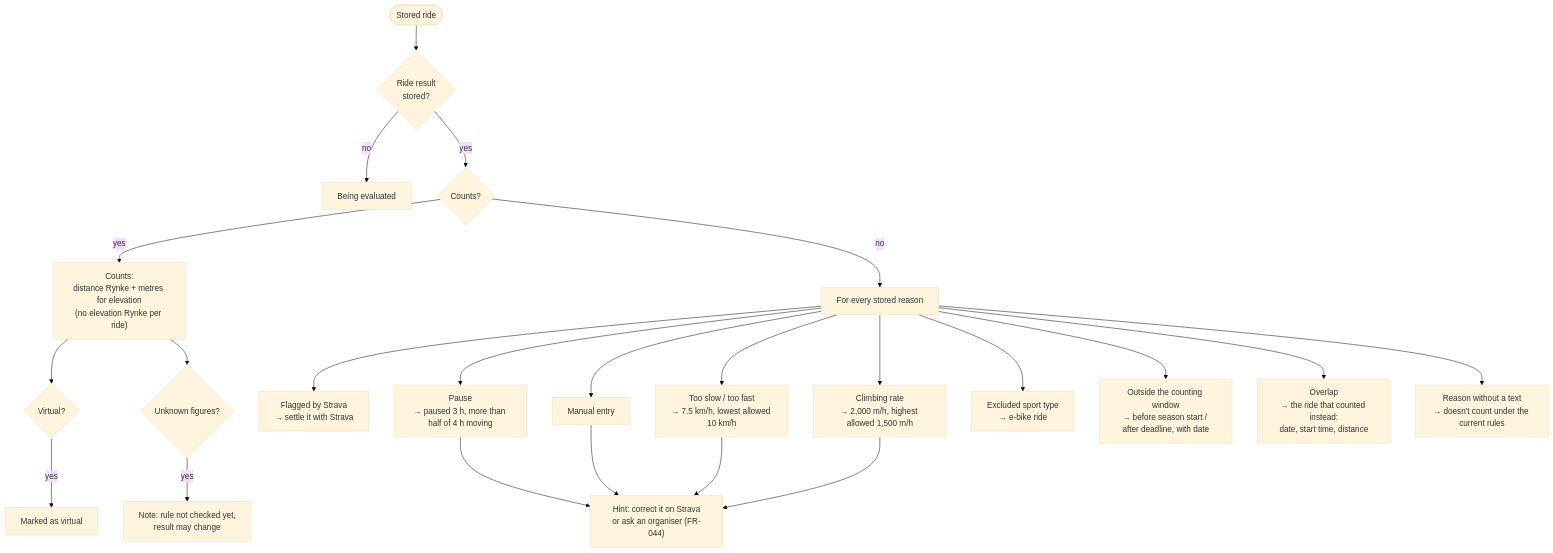
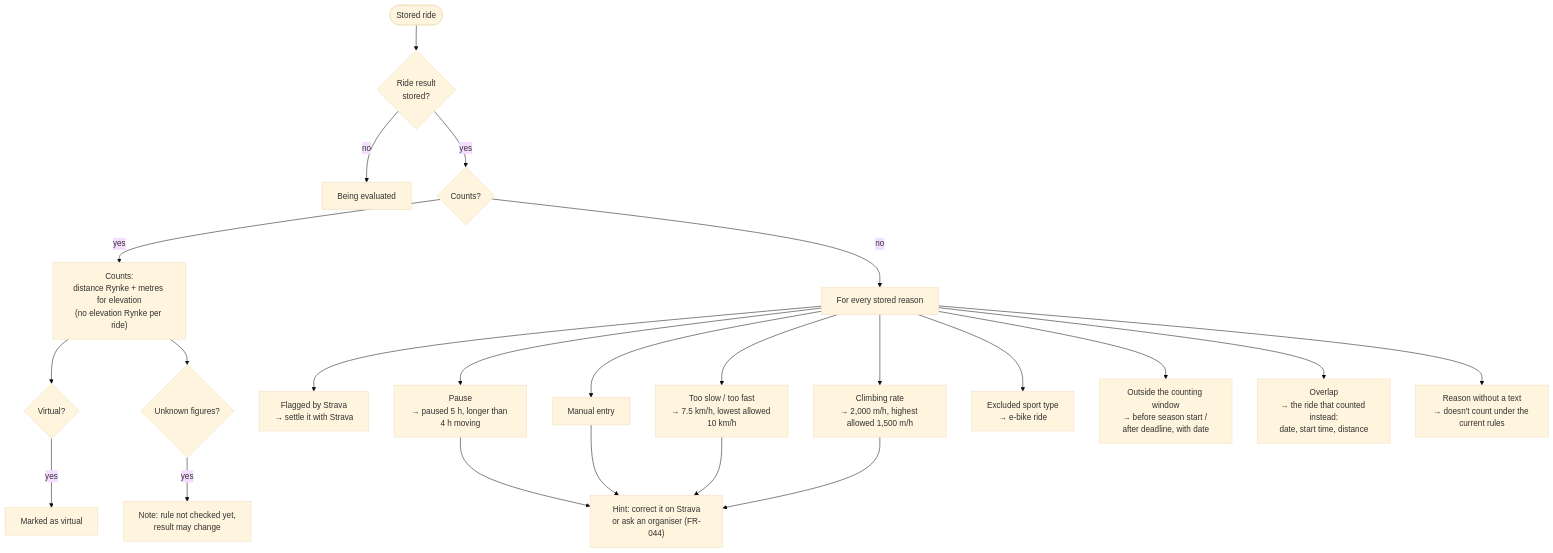
Diagram 13 of 18 in specs/005-rider-view/spec.md (SaSteffen/RynkePoints), drawn with Mermaid (base theme) before and after one commit. The commit also changed other lines of this file and 15 other files, not shown here.

````diff
--- a/specs/005-rider-view/spec.md
+++ b/specs/005-rider-view/spec.md
@@ -1039,22 +1039,22 @@
 ```mermaid
 flowchart TD
     ride(["Stored ride"]) --> has{"Ride result<br/>stored?"}
     has -- no --> eval["Being evaluated"]
     has -- yes --> counts{"Counts?"}
     counts -- yes --> c["Counts:<br/>distance Rynke + metres for elevation<br/>(no elevation Rynke per ride)"]
     c --> virt{"Virtual?"}
     virt -- yes --> vm["Marked as virtual"]
     c --> unk{"Unknown figures?"}
     unk -- yes --> un["Note: rule not checked yet,<br/>result may change"]
     counts -- no --> each["For every stored reason"]
     each --> flagged["Flagged by Strava<br/>→ settle it with Strava"]
-    each --> pause["Pause<br/>→ paused 3 h, more than half of 4 h moving"]
+    each --> pause["Pause<br/>→ paused 5 h, longer than 4 h moving"]
     each --> manual["Manual entry"]
     each --> speed["Too slow / too fast<br/>→ 7.5 km/h, lowest allowed 10 km/h"]
     each --> climb["Climbing rate<br/>→ 2,000 m/h, highest allowed 1,500 m/h"]
     each --> sport["Excluded sport type<br/>→ e-bike ride"]
     each --> window["Outside the counting window<br/>→ before season start / after deadline, with date"]
     each --> overlap["Overlap<br/>→ the ride that counted instead:<br/>date, start time, distance"]
     each --> other["Reason without a text<br/>→ doesn't count under the current rules"]
     pause & manual & speed & climb --> fix["Hint: correct it on Strava<br/>or ask an organiser (FR-044)"]
 ```
````
